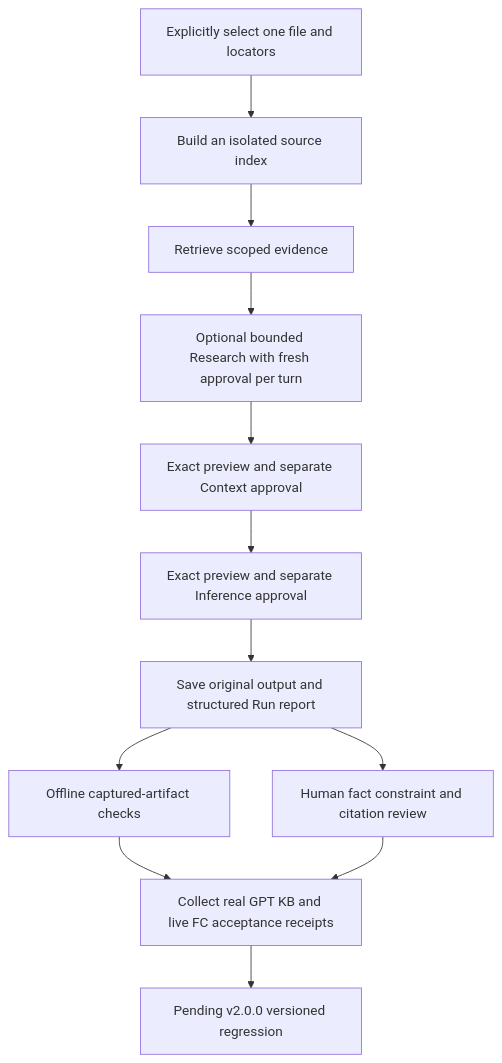
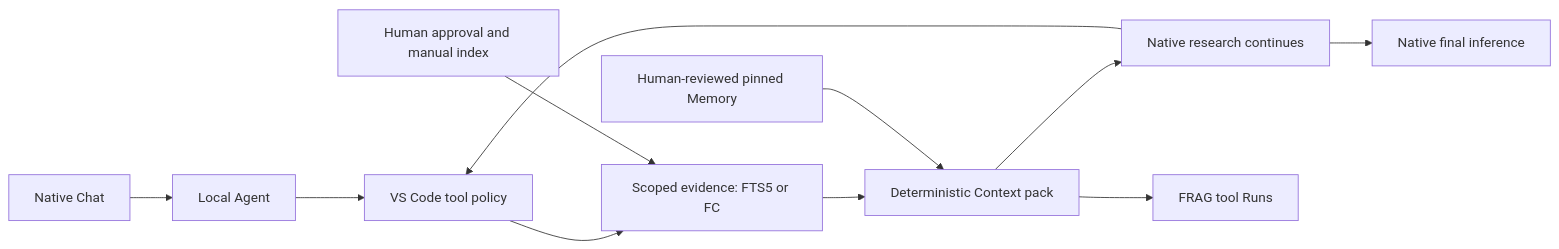
Before and after one commit to O-u-i/FRAG-harness: the diagram in README.md, drawn with Mermaid. The commit also changed other lines of this file and 324 other files, not shown here.

Commit message:
refactor: replace FRAG-owned workflows with native VS Code evidence tools in v1.11.0

````diff
--- a/README.md
+++ b/README.md
@@ -192,14 +48,13 @@
 ```mermaid
-flowchart TD
-    Select[Explicitly select one file and locators] --> Build[Build an isolated source index]
-    Build --> Retrieve[Retrieve scoped evidence]
-    Retrieve --> Research[Optional bounded Research with fresh approval per turn]
-    Research --> Context[Exact preview and separate Context approval]
-    Context --> Inference[Exact preview and separate Inference approval]
-    Inference --> Report[Save original output and structured Run report]
-    Report --> Gold[Offline captured-artifact checks]
-    Report --> Human[Human fact constraint and citation review]
-    Gold --> Gates[Collect real GPT KB and live FC acceptance receipts]
-    Human --> Gates
-    Gates --> Final[Pending v2.0.0 versioned regression]
+flowchart LR
+  chat[Native Chat] --> agent[Local Agent]
+  agent --> permission[VS Code tool policy]
+  permission --> read[Scoped evidence: FTS5 or FC]
+  read --> pack[Deterministic Context pack]
+  pack --> continue[Native research continues]
+  continue --> answer[Native final inference]
+  continue --> permission
+  pack --> runs[FRAG tool Runs]
+  settings[Human approval and manual index] --> read
+  memory[Human-reviewed pinned Memory] --> pack
 ```
````
